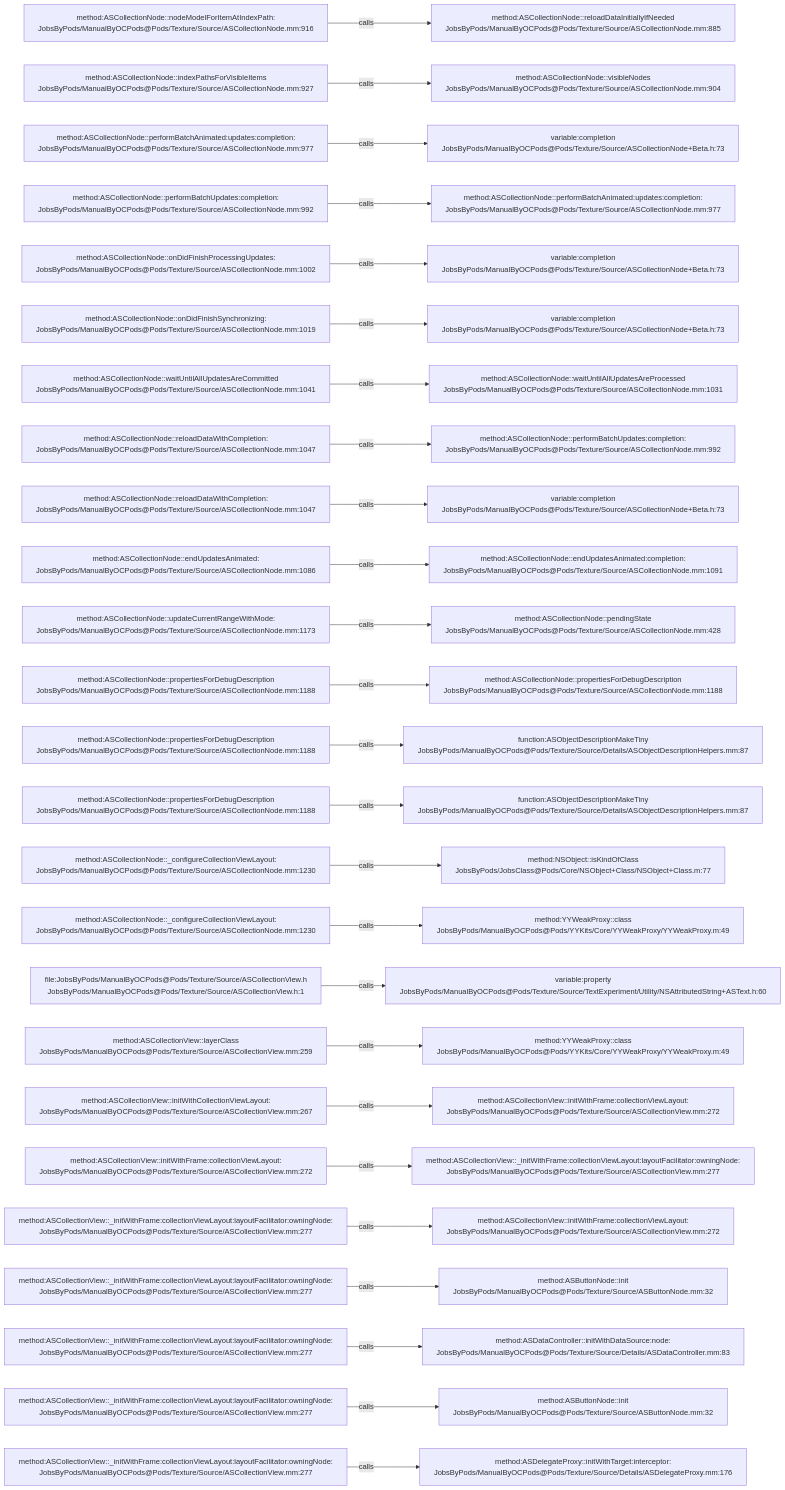
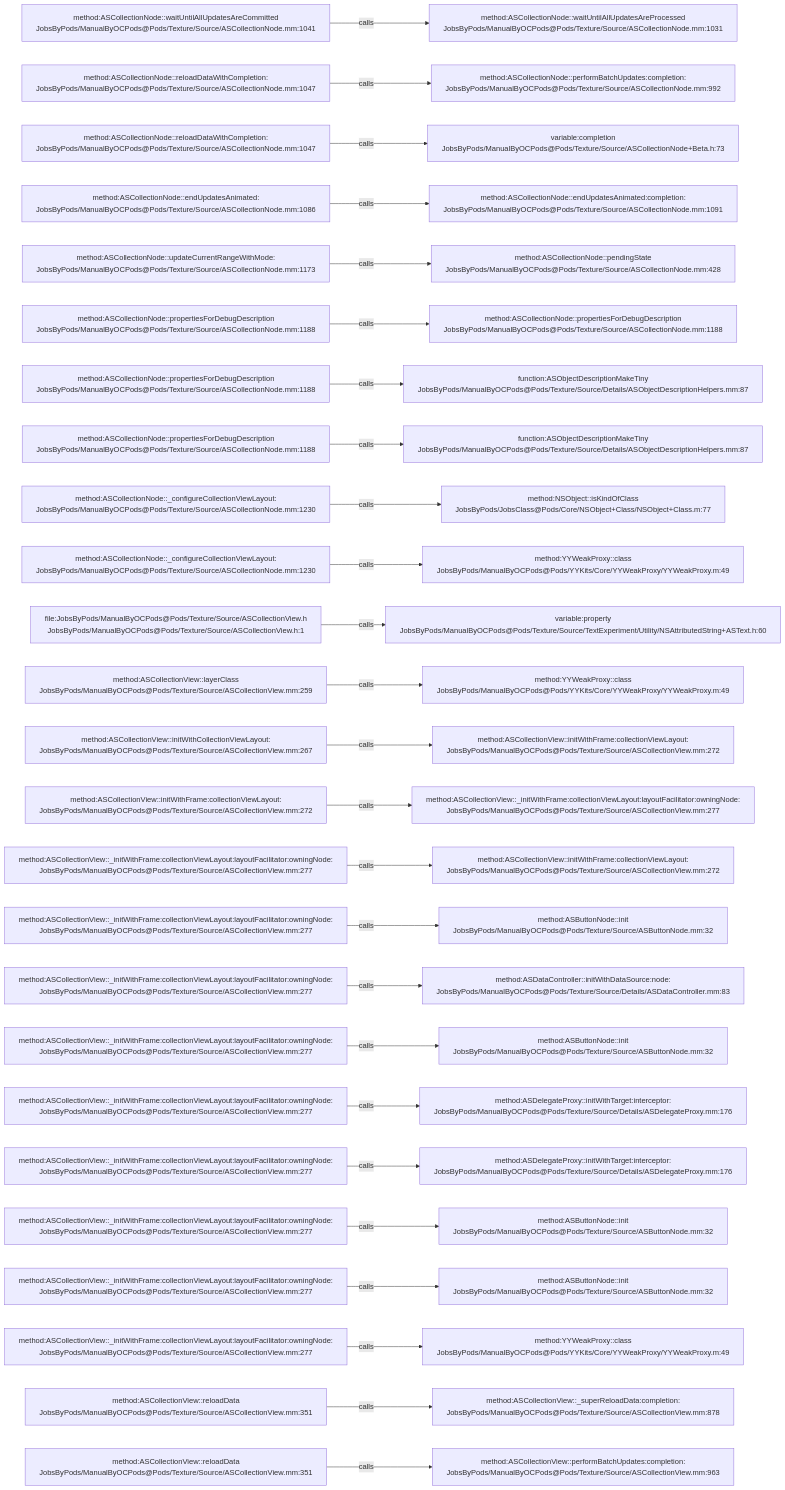
Before and after one commit to JobsKits/JobsOCBaseConfigDemo: the diagram in .codegraph/codegraph.md/graphs/calls-071.md, drawn with Mermaid. The commit also changed 666 other files, not shown here.

````diff
--- a/.codegraph/codegraph.md/graphs/calls-071.md
+++ b/.codegraph/codegraph.md/graphs/calls-071.md
@@ -13,78 +13,78 @@
 ```mermaid
 flowchart LR
-  S1["method:ASCollectionNode::nodeModelForItemAtIndexPath:<br/>JobsByPods/ManualByOCPods@Pods/Texture/Source/ASCollectionNode.mm:916"]
-  T1["method:ASCollectionNode::reloadDataInitiallyIfNeeded<br/>JobsByPods/ManualByOCPods@Pods/Texture/Source/ASCollectionNode.mm:885"]
+  S1["method:ASCollectionNode::waitUntilAllUpdatesAreCommitted<br/>JobsByPods/ManualByOCPods@Pods/Texture/Source/ASCollectionNode.mm:1041"]
+  T1["method:ASCollectionNode::waitUntilAllUpdatesAreProcessed<br/>JobsByPods/ManualByOCPods@Pods/Texture/Source/ASCollectionNode.mm:1031"]
   S1 -->|calls| T1
-  S2["method:ASCollectionNode::indexPathsForVisibleItems<br/>JobsByPods/ManualByOCPods@Pods/Texture/Source/ASCollectionNode.mm:927"]
-  T2["method:ASCollectionNode::visibleNodes<br/>JobsByPods/ManualByOCPods@Pods/Texture/Source/ASCollectionNode.mm:904"]
+  S2["method:ASCollectionNode::reloadDataWithCompletion:<br/>JobsByPods/ManualByOCPods@Pods/Texture/Source/ASCollectionNode.mm:1047"]
+  T2["method:ASCollectionNode::performBatchUpdates:completion:<br/>JobsByPods/ManualByOCPods@Pods/Texture/Source/ASCollectionNode.mm:992"]
   S2 -->|calls| T2
-  S3["method:ASCollectionNode::performBatchAnimated:updates:completion:<br/>JobsByPods/ManualByOCPods@Pods/Texture/Source/ASCollectionNode.mm:977"]
+  S3["method:ASCollectionNode::reloadDataWithCompletion:<br/>JobsByPods/ManualByOCPods@Pods/Texture/Source/ASCollectionNode.mm:1047"]
   T3["variable:completion<br/>JobsByPods/ManualByOCPods@Pods/Texture/Source/ASCollectionNode+Beta.h:73"]
   S3 -->|calls| T3
-  S4["method:ASCollectionNode::performBatchUpdates:completion:<br/>JobsByPods/ManualByOCPods@Pods/Texture/Source/ASCollectionNode.mm:992"]
-  T4["method:ASCollectionNode::performBatchAnimated:updates:completion:<br/>JobsByPods/ManualByOCPods@Pods/Texture/Source/ASCollectionNode.mm:977"]
+  S4["method:ASCollectionNode::endUpdatesAnimated:<br/>JobsByPods/ManualByOCPods@Pods/Texture/Source/ASCollectionNode.mm:1086"]
+  T4["method:ASCollectionNode::endUpdatesAnimated:completion:<br/>JobsByPods/ManualByOCPods@Pods/Texture/Source/ASCollectionNode.mm:1091"]
   S4 -->|calls| T4
-  S5["method:ASCollectionNode::onDidFinishProcessingUpdates:<br/>JobsByPods/ManualByOCPods@Pods/Texture/Source/ASCollectionNode.mm:1002"]
-  T5["variable:completion<br/>JobsByPods/ManualByOCPods@Pods/Texture/Source/ASCollectionNode+Beta.h:73"]
+  S5["method:ASCollectionNode::updateCurrentRangeWithMode:<br/>JobsByPods/ManualByOCPods@Pods/Texture/Source/ASCollectionNode.mm:1173"]
+  T5["method:ASCollectionNode::pendingState<br/>JobsByPods/ManualByOCPods@Pods/Texture/Source/ASCollectionNode.mm:428"]
   S5 -->|calls| T5
-  S6["method:ASCollectionNode::onDidFinishSynchronizing:<br/>JobsByPods/ManualByOCPods@Pods/Texture/Source/ASCollectionNode.mm:1019"]
-  T6["variable:completion<br/>JobsByPods/ManualByOCPods@Pods/Texture/Source/ASCollectionNode+Beta.h:73"]
+  S6["method:ASCollectionNode::propertiesForDebugDescription<br/>JobsByPods/ManualByOCPods@Pods/Texture/Source/ASCollectionNode.mm:1188"]
+  T6["method:ASCollectionNode::propertiesForDebugDescription<br/>JobsByPods/ManualByOCPods@Pods/Texture/Source/ASCollectionNode.mm:1188"]
   S6 -->|calls| T6
-  S7["method:ASCollectionNode::waitUntilAllUpdatesAreCommitted<br/>JobsByPods/ManualByOCPods@Pods/Texture/Source/ASCollectionNode.mm:1041"]
-  T7["method:ASCollectionNode::waitUntilAllUpdatesAreProcessed<br/>JobsByPods/ManualByOCPods@Pods/Texture/Source/ASCollectionNode.mm:1031"]
+  S7["method:ASCollectionNode::propertiesForDebugDescription<br/>JobsByPods/ManualByOCPods@Pods/Texture/Source/ASCollectionNode.mm:1188"]
+  T7["function:ASObjectDescriptionMakeTiny<br/>JobsByPods/ManualByOCPods@Pods/Texture/Source/Details/ASObjectDescriptionHelpers.mm:87"]
   S7 -->|calls| T7
-  S8["method:ASCollectionNode::reloadDataWithCompletion:<br/>JobsByPods/ManualByOCPods@Pods/Texture/Source/ASCollectionNode.mm:1047"]
-  T8["method:ASCollectionNode::performBatchUpdates:completion:<br/>JobsByPods/ManualByOCPods@Pods/Texture/Source/ASCollectionNode.mm:992"]
+  S8["method:ASCollectionNode::propertiesForDebugDescription<br/>JobsByPods/ManualByOCPods@Pods/Texture/Source/ASCollectionNode.mm:1188"]
+  T8["function:ASObjectDescriptionMakeTiny<br/>JobsByPods/ManualByOCPods@Pods/Texture/Source/Details/ASObjectDescriptionHelpers.mm:87"]
   S8 -->|calls| T8
-  S9["method:ASCollectionNode::reloadDataWithCompletion:<br/>JobsByPods/ManualByOCPods@Pods/Texture/Source/ASCollectionNode.mm:1047"]
-  T9["variable:completion<br/>JobsByPods/ManualByOCPods@Pods/Texture/Source/ASCollectionNode+Beta.h:73"]
+  S9["method:ASCollectionNode::_configureCollectionViewLayout:<br/>JobsByPods/ManualByOCPods@Pods/Texture/Source/ASCollectionNode.mm:1230"]
+  T9["method:NSObject::isKindOfClass<br/>JobsByPods/JobsClass@Pods/Core/NSObject+Class/NSObject+Class.m:77"]
   S9 -->|calls| T9
-  S10["method:ASCollectionNode::endUpdatesAnimated:<br/>JobsByPods/ManualByOCPods@Pods/Texture/Source/ASCollectionNode.mm:1086"]
-  T10["method:ASCollectionNode::endUpdatesAnimated:completion:<br/>JobsByPods/ManualByOCPods@Pods/Texture/Source/ASCollectionNode.mm:1091"]
+  S10["method:ASCollectionNode::_configureCollectionViewLayout:<br/>JobsByPods/ManualByOCPods@Pods/Texture/Source/ASCollectionNode.mm:1230"]
+  T10["method:YYWeakProxy::class<br/>JobsByPods/ManualByOCPods@Pods/YYKits/Core/YYWeakProxy/YYWeakProxy.m:49"]
   S10 -->|calls| T10
-  S11["method:ASCollectionNode::updateCurrentRangeWithMode:<br/>JobsByPods/ManualByOCPods@Pods/Texture/Source/ASCollectionNode.mm:1173"]
-  T11["method:ASCollectionNode::pendingState<br/>JobsByPods/ManualByOCPods@Pods/Texture/Source/ASCollectionNode.mm:428"]
+  S11["file:JobsByPods/ManualByOCPods@Pods/Texture/Source/ASCollectionView.h<br/>JobsByPods/ManualByOCPods@Pods/Texture/Source/ASCollectionView.h:1"]
+  T11["variable:property<br/>JobsByPods/ManualByOCPods@Pods/Texture/Source/TextExperiment/Utility/NSAttributedString+ASText.h:60"]
   S11 -->|calls| T11
-  S12["method:ASCollectionNode::propertiesForDebugDescription<br/>JobsByPods/ManualByOCPods@Pods/Texture/Source/ASCollectionNode.mm:1188"]
-  T12["method:ASCollectionNode::propertiesForDebugDescription<br/>JobsByPods/ManualByOCPods@Pods/Texture/Source/ASCollectionNode.mm:1188"]
+  S12["method:ASCollectionView::layerClass<br/>JobsByPods/ManualByOCPods@Pods/Texture/Source/ASCollectionView.mm:259"]
+  T12["method:YYWeakProxy::class<br/>JobsByPods/ManualByOCPods@Pods/YYKits/Core/YYWeakProxy/YYWeakProxy.m:49"]
   S12 -->|calls| T12
-  S13["method:ASCollectionNode::propertiesForDebugDescription<br/>JobsByPods/ManualByOCPods@Pods/Texture/Source/ASCollectionNode.mm:1188"]
-  T13["function:ASObjectDescriptionMakeTiny<br/>JobsByPods/ManualByOCPods@Pods/Texture/Source/Details/ASObjectDescriptionHelpers.mm:87"]
+  S13["method:ASCollectionView::initWithCollectionViewLayout:<br/>JobsByPods/ManualByOCPods@Pods/Texture/Source/ASCollectionView.mm:267"]
+  T13["method:ASCollectionView::initWithFrame:collectionViewLayout:<br/>JobsByPods/ManualByOCPods@Pods/Texture/Source/ASCollectionView.mm:272"]
   S13 -->|calls| T13
-  S14["method:ASCollectionNode::propertiesForDebugDescription<br/>JobsByPods/ManualByOCPods@Pods/Texture/Source/ASCollectionNode.mm:1188"]
-  T14["function:ASObjectDescriptionMakeTiny<br/>JobsByPods/ManualByOCPods@Pods/Texture/Source/Details/ASObjectDescriptionHelpers.mm:87"]
+  S14["method:ASCollectionView::initWithFrame:collectionViewLayout:<br/>JobsByPods/ManualByOCPods@Pods/Texture/Source/ASCollectionView.mm:272"]
+  T14["method:ASCollectionView::_initWithFrame:collectionViewLayout:layoutFacilitator:owningNode:<br/>JobsByPods/ManualByOCPods@Pods/Texture/Source/ASCollectionView.mm:277"]
   S14 -->|calls| T14
-  S15["method:ASCollectionNode::_configureCollectionViewLayout:<br/>JobsByPods/ManualByOCPods@Pods/Texture/Source/ASCollectionNode.mm:1230"]
-  T15["method:NSObject::isKindOfClass<br/>JobsByPods/JobsClass@Pods/Core/NSObject+Class/NSObject+Class.m:77"]
+  S15["method:ASCollectionView::_initWithFrame:collectionViewLayout:layoutFacilitator:owningNode:<br/>JobsByPods/ManualByOCPods@Pods/Texture/Source/ASCollectionView.mm:277"]
+  T15["method:ASCollectionView::initWithFrame:collectionViewLayout:<br/>JobsByPods/ManualByOCPods@Pods/Texture/Source/ASCollectionView.mm:272"]
   S15 -->|calls| T15
-  S16["method:ASCollectionNode::_configureCollectionViewLayout:<br/>JobsByPods/ManualByOCPods@Pods/Texture/Source/ASCollectionNode.mm:1230"]
-  T16["method:YYWeakProxy::class<br/>JobsByPods/ManualByOCPods@Pods/YYKits/Core/YYWeakProxy/YYWeakProxy.m:49"]
+  S16["method:ASCollectionView::_initWithFrame:collectionViewLayout:layoutFacilitator:owningNode:<br/>JobsByPods/ManualByOCPods@Pods/Texture/Source/ASCollectionView.mm:277"]
+  T16["method:ASButtonNode::init<br/>JobsByPods/ManualByOCPods@Pods/Texture/Source/ASButtonNode.mm:32"]
   S16 -->|calls| T16
-  S17["file:JobsByPods/ManualByOCPods@Pods/Texture/Source/ASCollectionView.h<br/>JobsByPods/ManualByOCPods@Pods/Texture/Source/ASCollectionView.h:1"]
-  T17["variable:property<br/>JobsByPods/ManualByOCPods@Pods/Texture/Source/TextExperiment/Utility/NSAttributedString+ASText.h:60"]
+  S17["method:ASCollectionView::_initWithFrame:collectionViewLayout:layoutFacilitator:owningNode:<br/>JobsByPods/ManualByOCPods@Pods/Texture/Source/ASCollectionView.mm:277"]
+  T17["method:ASDataController::initWithDataSource:node:<br/>JobsByPods/ManualByOCPods@Pods/Texture/Source/Details/ASDataController.mm:83"]
   S17 -->|calls| T17
-  S18["method:ASCollectionView::layerClass<br/>JobsByPods/ManualByOCPods@Pods/Texture/Source/ASCollectionView.mm:259"]
-  T18["method:YYWeakProxy::class<br/>JobsByPods/ManualByOCPods@Pods/YYKits/Core/YYWeakProxy/YYWeakProxy.m:49"]
+  S18["method:ASCollectionView::_initWithFrame:collectionViewLayout:layoutFacilitator:owningNode:<br/>JobsByPods/ManualByOCPods@Pods/Texture/Source/ASCollectionView.mm:277"]
+  T18["method:ASButtonNode::init<br/>JobsByPods/ManualByOCPods@Pods/Texture/Source/ASButtonNode.mm:32"]
   S18 -->|calls| T18
-  S19["method:ASCollectionView::initWithCollectionViewLayout:<br/>JobsByPods/ManualByOCPods@Pods/Texture/Source/ASCollectionView.mm:267"]
-  T19["method:ASCollectionView::initWithFrame:collectionViewLayout:<br/>JobsByPods/ManualByOCPods@Pods/Texture/Source/ASCollectionView.mm:272"]
+  S19["method:ASCollectionView::_initWithFrame:collectionViewLayout:layoutFacilitator:owningNode:<br/>JobsByPods/ManualByOCPods@Pods/Texture/Source/ASCollectionView.mm:277"]
+  T19["method:ASDelegateProxy::initWithTarget:interceptor:<br/>JobsByPods/ManualByOCPods@Pods/Texture/Source/Details/ASDelegateProxy.mm:176"]
   S19 -->|calls| T19
-  S20["method:ASCollectionView::initWithFrame:collectionViewLayout:<br/>JobsByPods/ManualByOCPods@Pods/Texture/Source/ASCollectionView.mm:272"]
-  T20["method:ASCollectionView::_initWithFrame:collectionViewLayout:layoutFacilitator:owningNode:<br/>JobsByPods/ManualByOCPods@Pods/Texture/Source/ASCollectionView.mm:277"]
+  S20["method:ASCollectionView::_initWithFrame:collectionViewLayout:layoutFacilitator:owningNode:<br/>JobsByPods/ManualByOCPods@Pods/Texture/Source/ASCollectionView.mm:277"]
+  T20["method:ASDelegateProxy::initWithTarget:interceptor:<br/>JobsByPods/ManualByOCPods@Pods/Texture/Source/Details/ASDelegateProxy.mm:176"]
   S20 -->|calls| T20
   S21["method:ASCollectionView::_initWithFrame:collectionViewLayout:layoutFacilitator:owningNode:<br/>JobsByPods/ManualByOCPods@Pods/Texture/Source/ASCollectionView.mm:277"]
-  T21["method:ASCollectionView::initWithFrame:collectionViewLayout:<br/>JobsByPods/ManualByOCPods@Pods/Texture/Source/ASCollectionView.mm:272"]
+  T21["method:ASButtonNode::init<br/>JobsByPods/ManualByOCPods@Pods/Texture/Source/ASButtonNode.mm:32"]
   S21 -->|calls| T21
   S22["method:ASCollectionView::_initWithFrame:collectionViewLayout:layoutFacilitator:owningNode:<br/>JobsByPods/ManualByOCPods@Pods/Texture/Source/ASCollectionView.mm:277"]
   T22["method:ASButtonNode::init<br/>JobsByPods/ManualByOCPods@Pods/Texture/Source/ASButtonNode.mm:32"]
   S22 -->|calls| T22
   S23["method:ASCollectionView::_initWithFrame:collectionViewLayout:layoutFacilitator:owningNode:<br/>JobsByPods/ManualByOCPods@Pods/Texture/Source/ASCollectionView.mm:277"]
-  T23["method:ASDataController::initWithDataSource:node:<br/>JobsByPods/ManualByOCPods@Pods/Texture/Source/Details/ASDataController.mm:83"]
+  T23["method:YYWeakProxy::class<br/>JobsByPods/ManualByOCPods@Pods/YYKits/Core/YYWeakProxy/YYWeakProxy.m:49"]
   S23 -->|calls| T23
-  S24["method:ASCollectionView::_initWithFrame:collectionViewLayout:layoutFacilitator:owningNode:<br/>JobsByPods/ManualByOCPods@Pods/Texture/Source/ASCollectionView.mm:277"]
-  T24["method:ASButtonNode::init<br/>JobsByPods/ManualByOCPods@Pods/Texture/Source/ASButtonNode.mm:32"]
+  S24["method:ASCollectionView::reloadData<br/>JobsByPods/ManualByOCPods@Pods/Texture/Source/ASCollectionView.mm:351"]
+  T24["method:ASCollectionView::_superReloadData:completion:<br/>JobsByPods/ManualByOCPods@Pods/Texture/Source/ASCollectionView.mm:878"]
   S24 -->|calls| T24
-  S25["method:ASCollectionView::_initWithFrame:collectionViewLayout:layoutFacilitator:owningNode:<br/>JobsByPods/ManualByOCPods@Pods/Texture/Source/ASCollectionView.mm:277"]
-  T25["method:ASDelegateProxy::initWithTarget:interceptor:<br/>JobsByPods/ManualByOCPods@Pods/Texture/Source/Details/ASDelegateProxy.mm:176"]
+  S25["method:ASCollectionView::reloadData<br/>JobsByPods/ManualByOCPods@Pods/Texture/Source/ASCollectionView.mm:351"]
+  T25["method:ASCollectionView::performBatchUpdates:completion:<br/>JobsByPods/ManualByOCPods@Pods/Texture/Source/ASCollectionView.mm:963"]
   S25 -->|calls| T25
 ```
````
